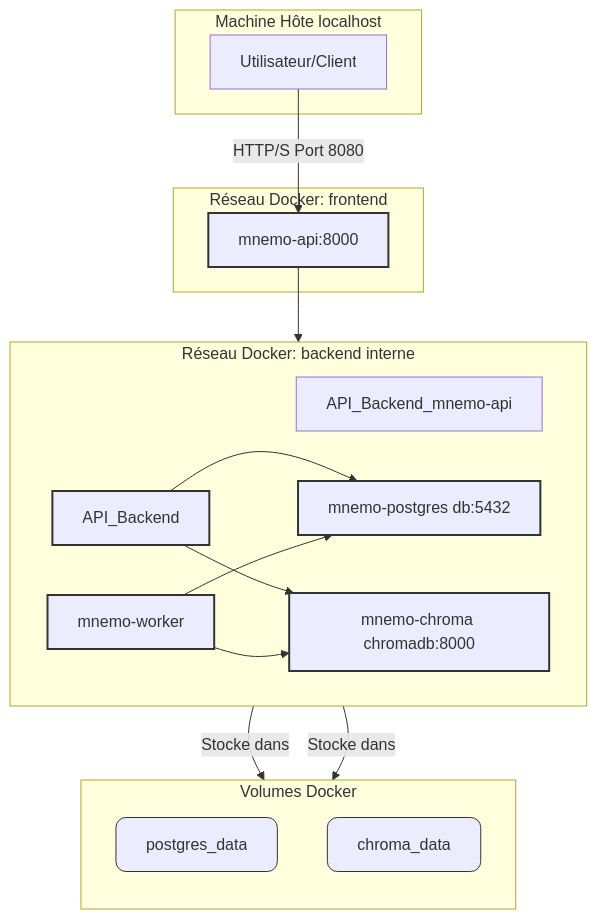
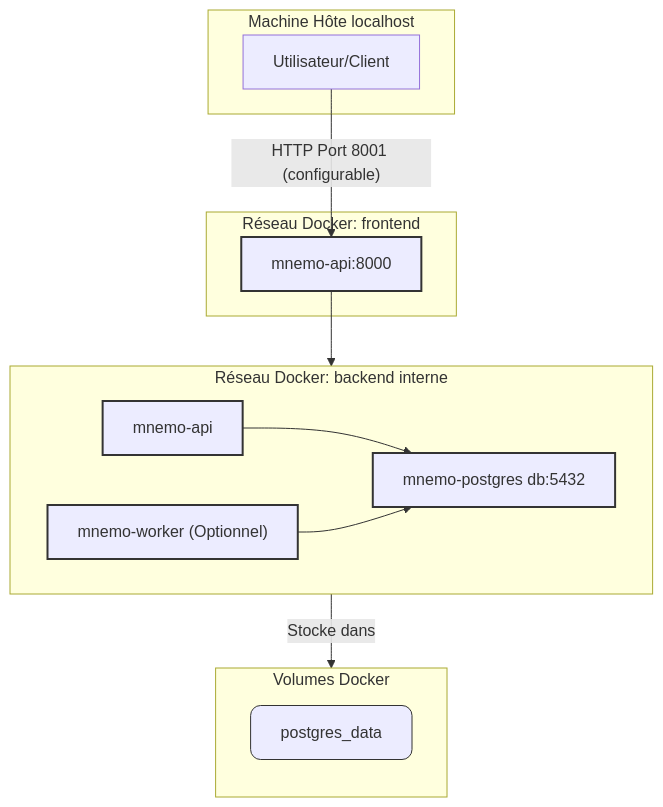
One commit to giak/mnemo-lite changed the diagram in docs/docker_setup.md. Above: the diagram before and after it, drawn with Mermaid. The commit also changed other lines of this file and 7 other files, not shown here.

````diff
--- a/docs/docker_setup.md
+++ b/docs/docker_setup.md
@@ -14,48 +16,42 @@
 ```mermaid
 graph TD
     subgraph "Machine Hôte localhost"
         User[Utilisateur/Client]
     end
 
     subgraph "Réseau Docker: frontend"
         API[mnemo-api:8000]
     end
     
     subgraph "Réseau Docker: backend interne"
         direction LR
-        API_Backend_mnemo-api
-        Worker[mnemo-worker]
+        API_Backend[mnemo-api]
+        Worker["mnemo-worker (Optionnel)"]
         Postgres[mnemo-postgres db:5432]
-        Chroma[mnemo-chroma chromadb:8000]
         
         API_Backend --> Postgres
-        API_Backend --> Chroma
         Worker --> Postgres
-        Worker --> Chroma
     end
 
     subgraph "Volumes Docker"
         direction TB
         Postgres_Data[postgres_data]
-        Chroma_Data[chroma_data]
     end
 
-    User -- "HTTP/S Port 8080" --> API
+    User -- "HTTP Port 8001 (configurable)" --> API
     API --> API_Backend
 
     Postgres -- "Stocke dans" --> Postgres_Data
-    Chroma -- "Stocke dans" --> Chroma_Data
     
     classDef internal fill:#f9f,stroke:#333,stroke-width:2px;
     classDef volume fill:#lightgrey,stroke:#333,stroke-width:1px,rx:10,ry:10;
     classDef db fill:#lightblue,stroke:#333,stroke-width:2px;
     classDef api fill:#lightgreen,stroke:#333,stroke-width:2px;
     classDef worker fill:#orange,stroke:#333,stroke-width:2px;
 
-    class Postgres,Chroma db;
+    class Postgres db;
     class API,API_Backend api;
     class Worker worker;
-    class Postgres_Data,Chroma_Data volume;
+    class Postgres_Data volume;
     class backend internal;
-
 ```
````
